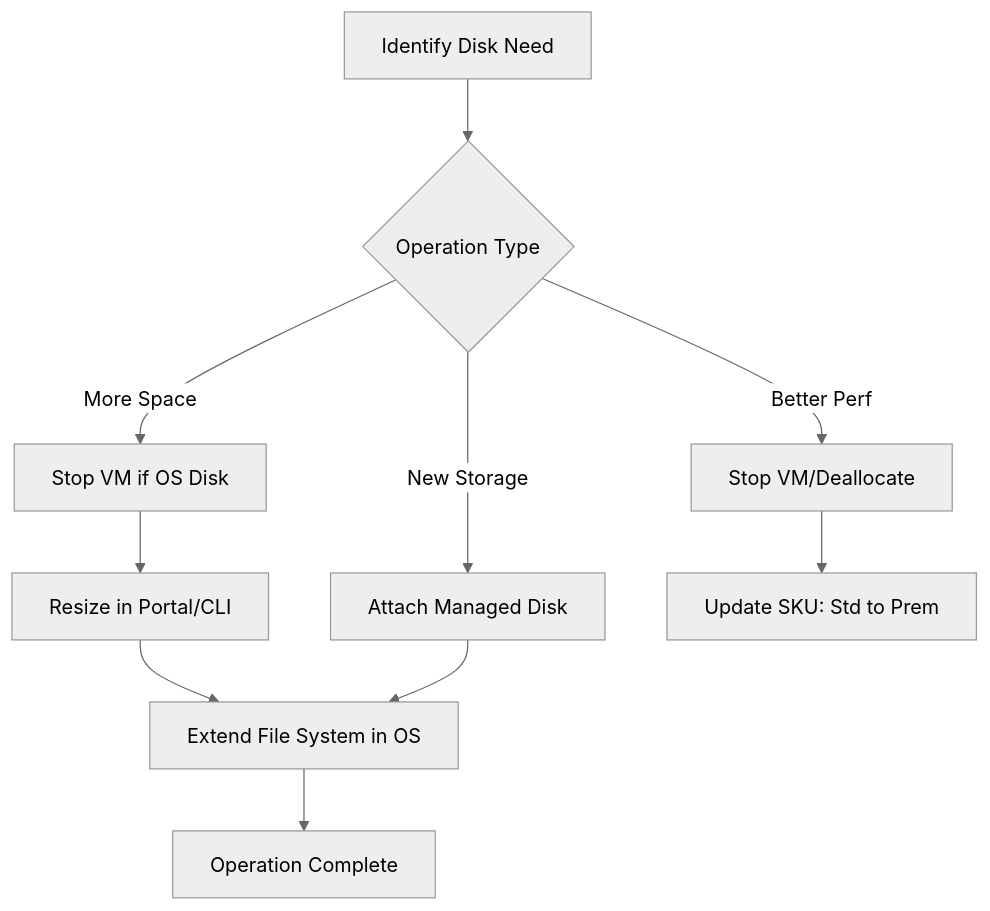
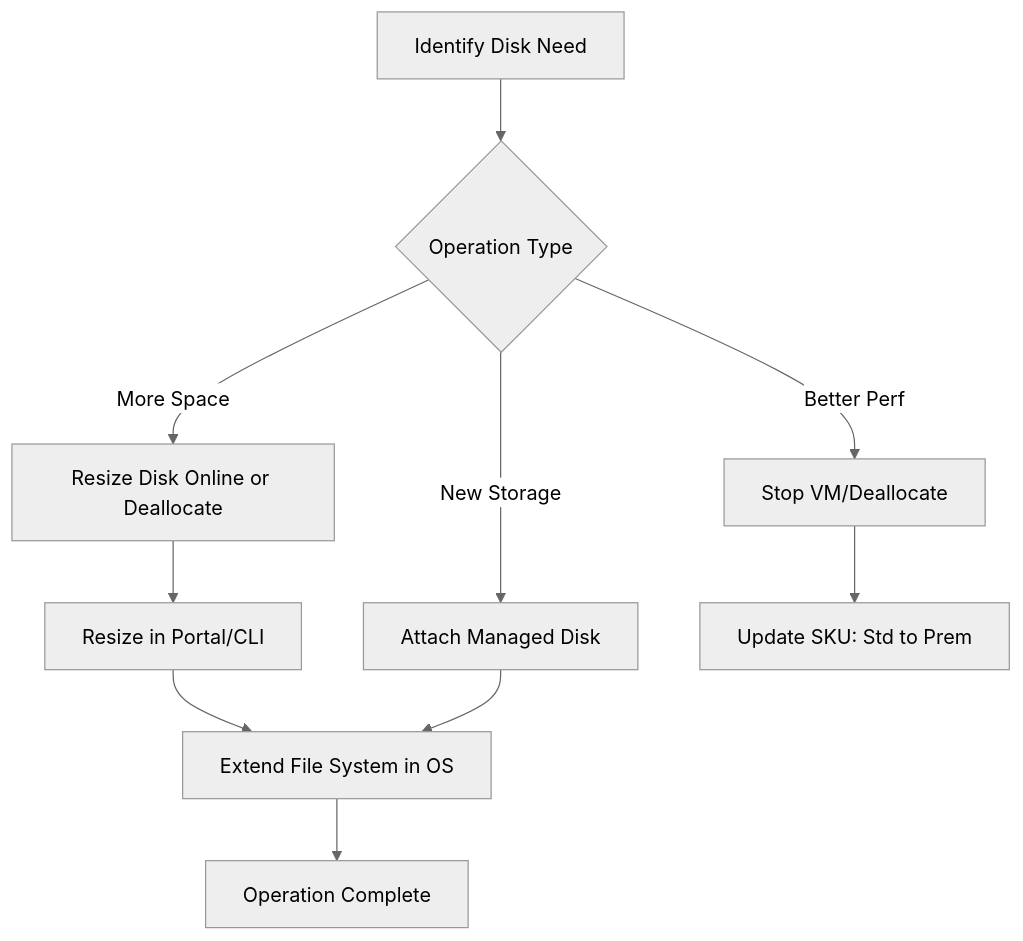
One commit to yeongseon/azure-virtual-machine-practical-guide changed the diagram in docs/operations/manage-disks.md. Above: the diagram before and after it, drawn with Mermaid (neutral theme). The commit also changed other lines of this file and 5 other files, not shown here.

````diff
--- a/docs/operations/manage-disks.md
+++ b/docs/operations/manage-disks.md
@@ -16,12 +16,12 @@
 ```mermaid
 graph TD
     A[Identify Disk Need] --> B{Operation Type}
     B -->|New Storage| C[Attach Managed Disk]
-    B -->|More Space| D[Stop VM if OS Disk]
+    B -->|More Space| D[Resize Disk Online or Deallocate]
     B -->|Better Perf| E[Stop VM/Deallocate]
     D --> F[Resize in Portal/CLI]
     E --> G[Update SKU: Std to Prem]
     F --> H[Extend File System in OS]
     C --> H
     H --> I[Operation Complete]
 ```
````
